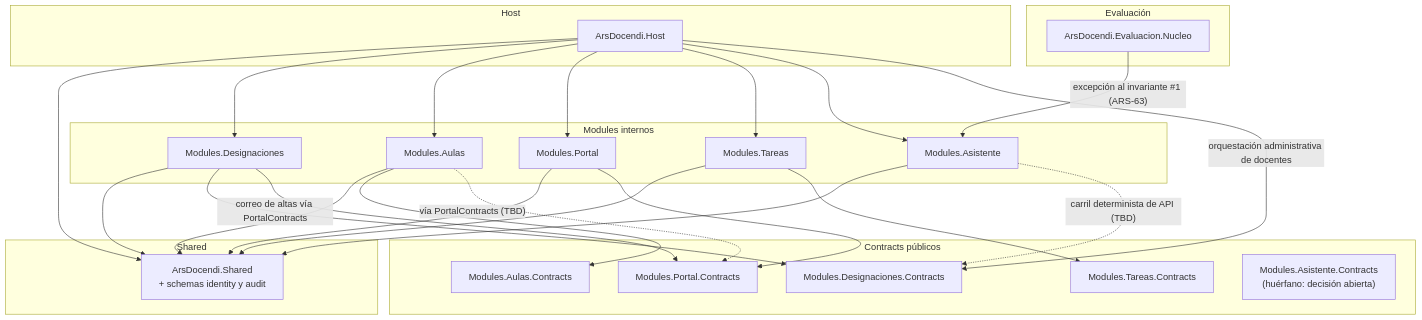
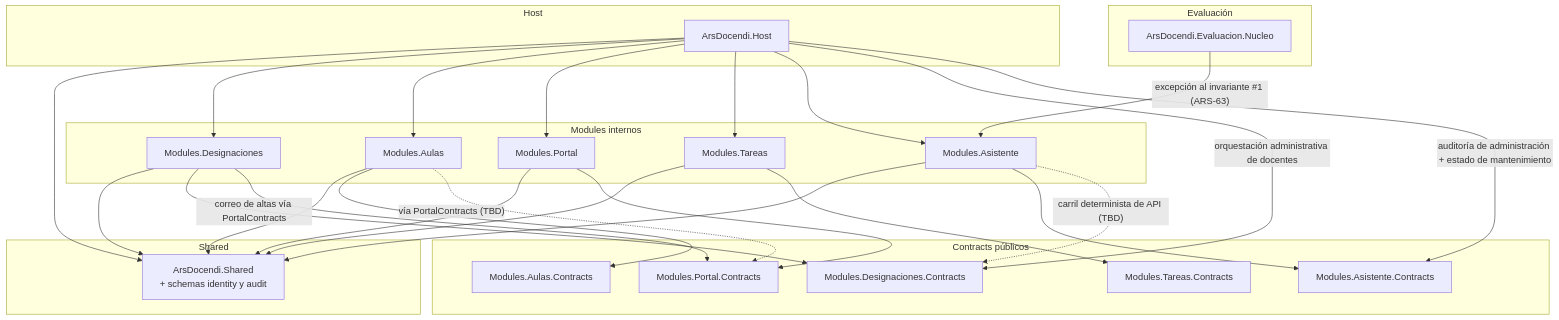
Before and after one commit to Ars-Docendi/ars-docendi: the diagram in docs/architecture/dependency-graph.md, drawn with Mermaid. The commit also changed other lines of this file and 14 other files, not shown here.

First line of the commit message:
feat(asistente): publish admin-audit and maintenance queries through Contracts (ARS-157)

````diff
--- a/docs/architecture/dependency-graph.md
+++ b/docs/architecture/dependency-graph.md
@@ -21,51 +21,53 @@
 ```mermaid
 flowchart TD
   subgraph host [Host]
     Host["ArsDocendi.Host"]
   end
   subgraph shared [Shared]
     Shared["ArsDocendi.Shared<br/>+ schemas identity y audit"]
   end
   subgraph contracts [Contracts públicos]
     DesignacionesContracts["Modules.Designaciones.Contracts"]
     AulasContracts["Modules.Aulas.Contracts"]
     PortalContracts["Modules.Portal.Contracts"]
     TareasContracts["Modules.Tareas.Contracts"]
-    AsistenteContracts["Modules.Asistente.Contracts<br/>(huérfano: decisión abierta)"]
+    AsistenteContracts["Modules.Asistente.Contracts"]
   end
   subgraph modules [Modules internos]
     Designaciones["Modules.Designaciones"]
     Aulas["Modules.Aulas"]
     Portal["Modules.Portal"]
     Tareas["Modules.Tareas"]
     Asistente["Modules.Asistente"]
   end
   subgraph evaluacion [Evaluación]
     EvaluacionNucleo["ArsDocendi.Evaluacion.Nucleo"]
   end
 
   Host --> Shared
   Host --> Designaciones
   Host --> Aulas
   Host --> Portal
   Host --> Tareas
   Host --> Asistente
   Host -->|"orquestación administrativa de docentes"| DesignacionesContracts
+  Host -->|"auditoría de administración + estado de mantenimiento"| AsistenteContracts
 
   Designaciones --> Shared
   Aulas --> Shared
   Portal --> Shared
   Tareas --> Shared
   Asistente --> Shared
+  Asistente --> AsistenteContracts
 
   Designaciones --> DesignacionesContracts
   Aulas --> AulasContracts
   Portal --> PortalContracts
   Tareas --> TareasContracts
 
   EvaluacionNucleo -->|"excepción al invariante #1 (ARS-63)"| Asistente
 
   Designaciones -->|"correo de altas vía PortalContracts"| PortalContracts
   Aulas -.->|"vía PortalContracts (TBD)"| PortalContracts
   Asistente -.->|"carril determinista de API (TBD)"| DesignacionesContracts
 ```
````
